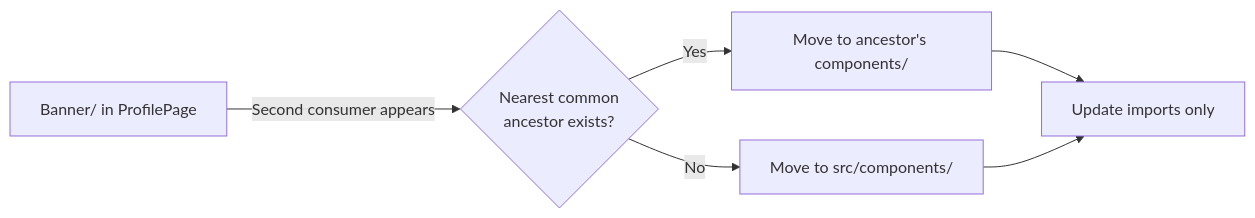
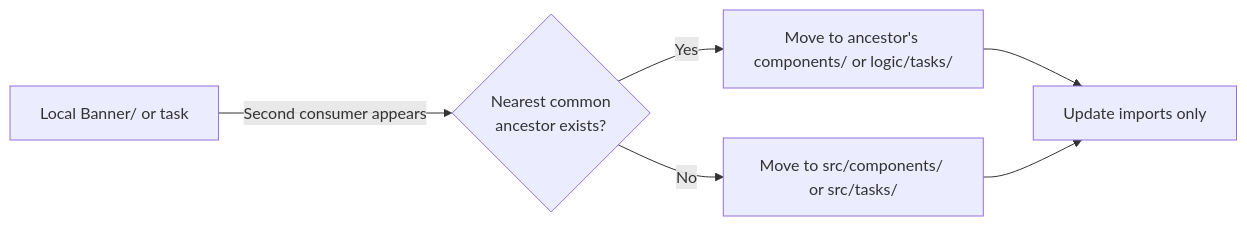
Before and after one commit to ilkovecVladislav/tv-shows: the second of 2 diagrams in docs/architecture/architecture.md, drawn with Mermaid. The commit also changed other lines of this file, not shown here.

````diff
--- a/docs/architecture/architecture.md
+++ b/docs/architecture/architecture.md
@@ -203,8 +278,8 @@
 ```mermaid
 flowchart LR
-    A[Banner/ in ProfilePage] -->|Second consumer appears| B{Nearest common<br/>ancestor exists?}
-    B -- Yes --> C[Move to ancestor's components/]
-    B -- No --> D[Move to src/components/]
+    A[Local Banner/ or task] -->|Second consumer appears| B{Nearest common<br/>ancestor exists?}
+    B -- Yes --> C[Move to ancestor's components/ or logic/tasks/]
+    B -- No --> D[Move to src/components/ or src/tasks/]
     C --> E[Update imports only]
     D --> E
 ```
````
